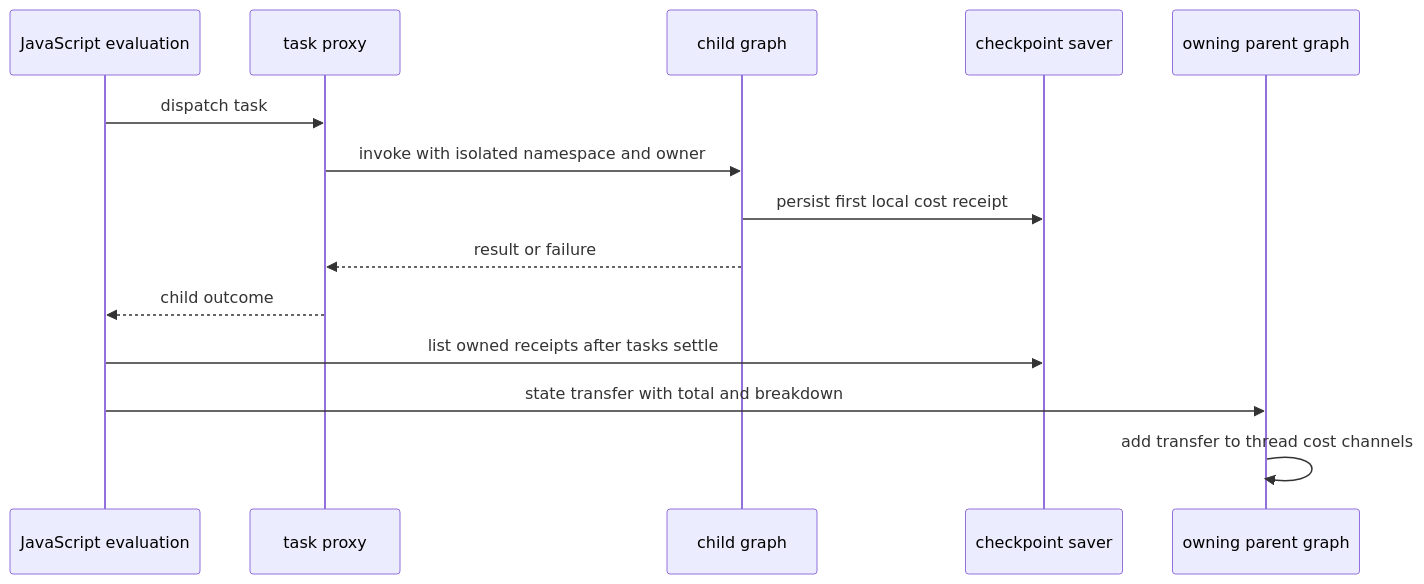
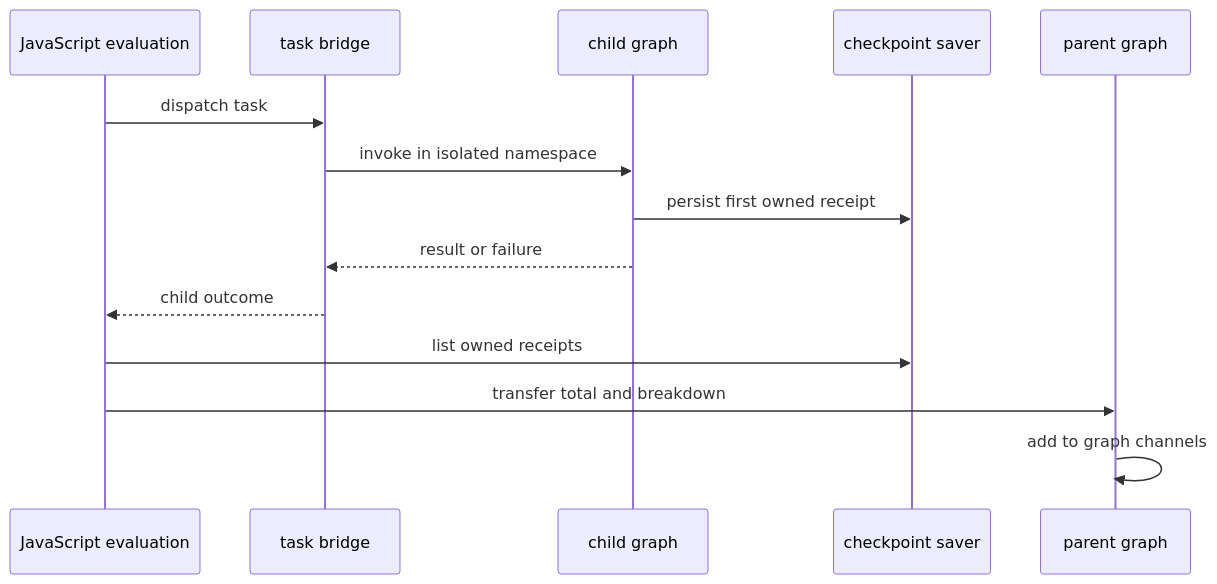
The second of 3 diagrams in openwiki/operations/cost-and-sessions.md (langchain-ai/deepagents), drawn with Mermaid before and after one commit. The commit also changed other lines of this file and 47 other files, not shown here.

````diff
--- a/openwiki/operations/cost-and-sessions.md
+++ b/openwiki/operations/cost-and-sessions.md
@@ -131,16 +97,16 @@
 ```mermaid
 sequenceDiagram
-    participant JS as JavaScript evaluation
-    participant Proxy as task proxy
+    participant Eval as JavaScript evaluation
+    participant Bridge as task bridge
     participant Child as child graph
     participant Saver as checkpoint saver
-    participant Parent as owning parent graph
-    JS->>Proxy: dispatch task
-    Proxy->>Child: invoke with isolated namespace and owner
-    Child->>Saver: persist first local cost receipt
-    Child-->>Proxy: result or failure
-    Proxy-->>JS: child outcome
-    JS->>Saver: list owned receipts after tasks settle
-    JS->>Parent: state transfer with total and breakdown
-    Parent->>Parent: add transfer to thread cost channels
+    participant Parent as parent graph
+    Eval->>Bridge: dispatch task
+    Bridge->>Child: invoke in isolated namespace
+    Child->>Saver: persist first owned receipt
+    Child-->>Bridge: result or failure
+    Bridge-->>Eval: child outcome
+    Eval->>Saver: list owned receipts
+    Eval->>Parent: transfer total and breakdown
+    Parent->>Parent: add to graph channels
 ```
````
